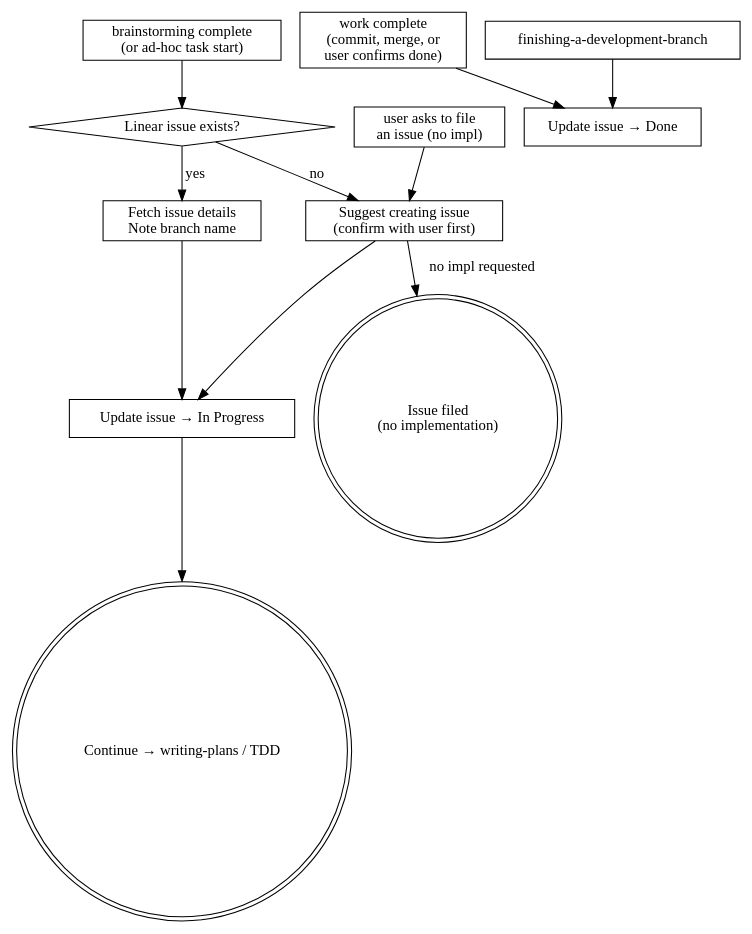
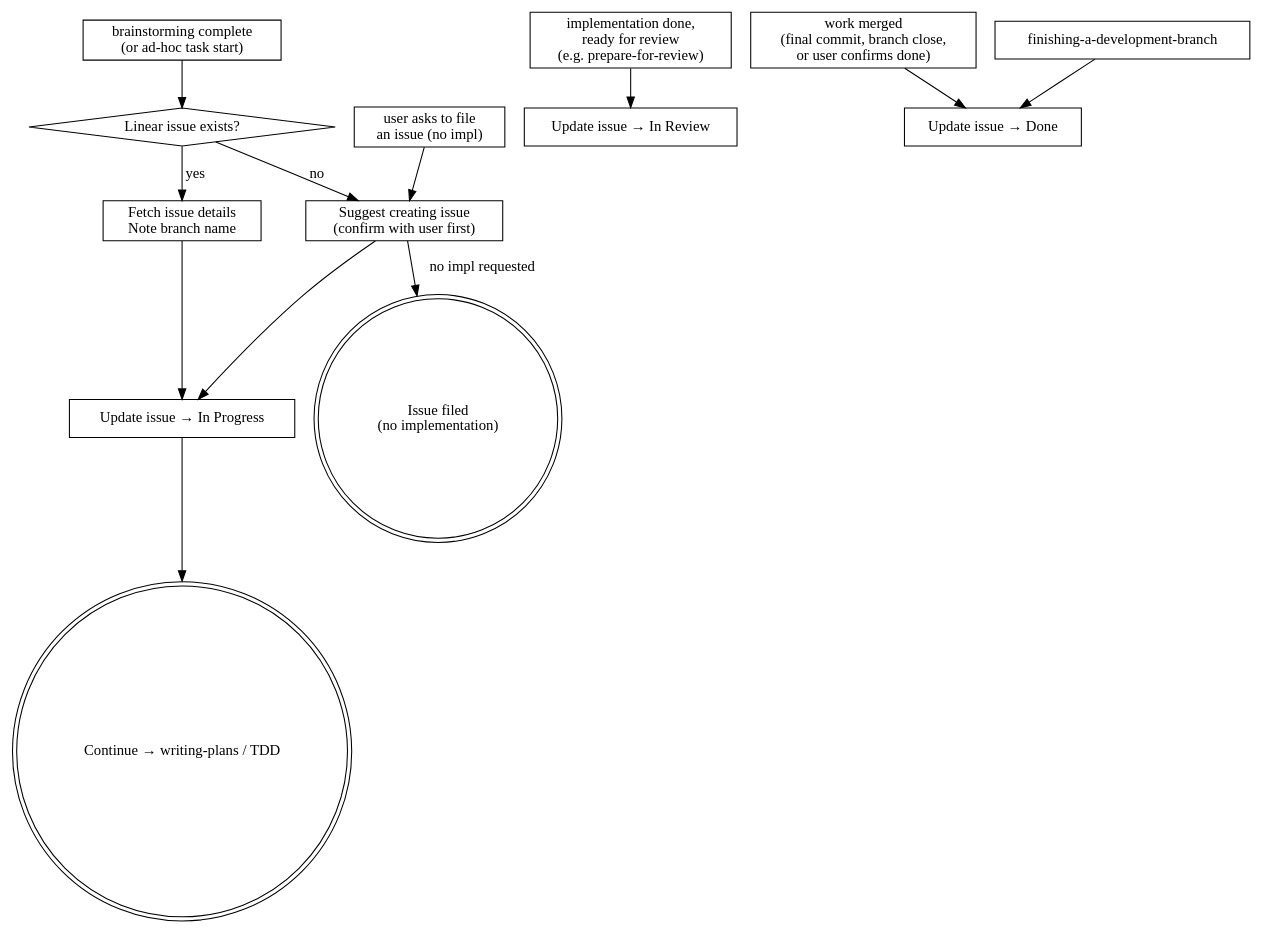
Before and after one commit to seankao31/dotfiles: the diagram in agent-config/skills/linear-workflow/SKILL.md, drawn with Graphviz. The commit also changed other lines of this file, not shown here.

````diff
--- a/agent-config/skills/linear-workflow/SKILL.md
+++ b/agent-config/skills/linear-workflow/SKILL.md
@@ -26,29 +26,32 @@
 ```dot
 digraph linear_flow {
     rankdir=TB;
     node [shape=box];
 
     brainstorm [label="brainstorming complete\n(or ad-hoc task start)"];
     fileonly [label="user asks to file\nan issue (no impl)"];
     exists [label="Linear issue exists?" shape=diamond];
     fetch [label="Fetch issue details\nNote branch name"];
     create [label="Suggest creating issue\n(confirm with user first)"];
     inprogress [label="Update issue → In Progress"];
     cont [label="Continue → writing-plans / TDD" shape=doublecircle];
     filed [label="Issue filed\n(no implementation)" shape=doublecircle];
-    workcomplete [label="work complete\n(commit, merge, or\nuser confirms done)"];
+    handoff [label="implementation done,\nready for review\n(e.g. prepare-for-review)"];
+    workcomplete [label="work merged\n(final commit, branch close,\nor user confirms done)"];
     finish [label="finishing-a-development-branch"];
+    inreview [label="Update issue → In Review"];
     done [label="Update issue → Done"];
 
     brainstorm -> exists;
     exists -> fetch [label="yes"];
     exists -> create [label="no"];
     fetch -> inprogress;
     create -> inprogress;
     inprogress -> cont;
     fileonly -> create;
     create -> filed [label="no impl requested"];
+    handoff -> inreview;
     workcomplete -> done;
     finish -> done;
 }
 ```
````
